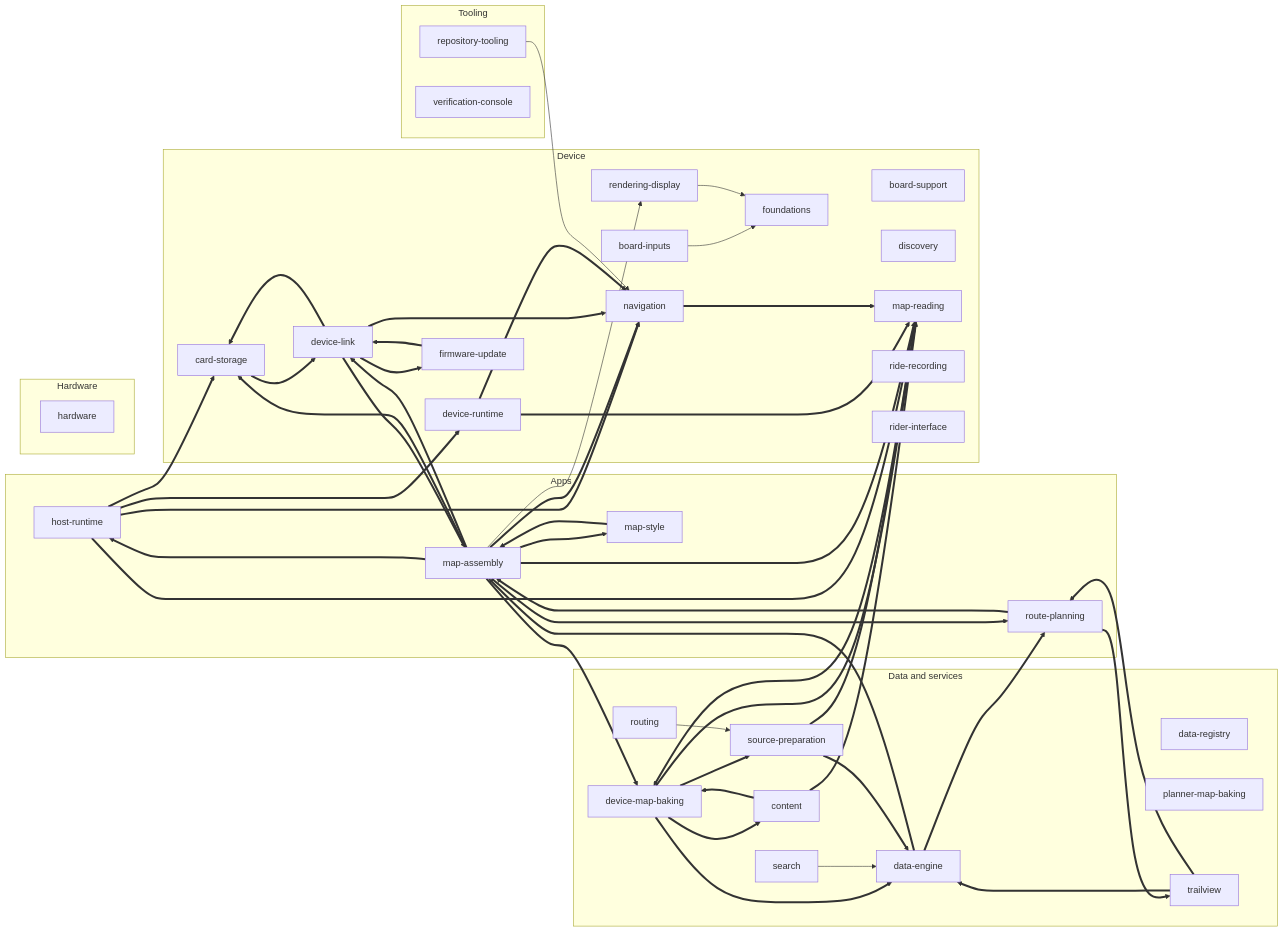
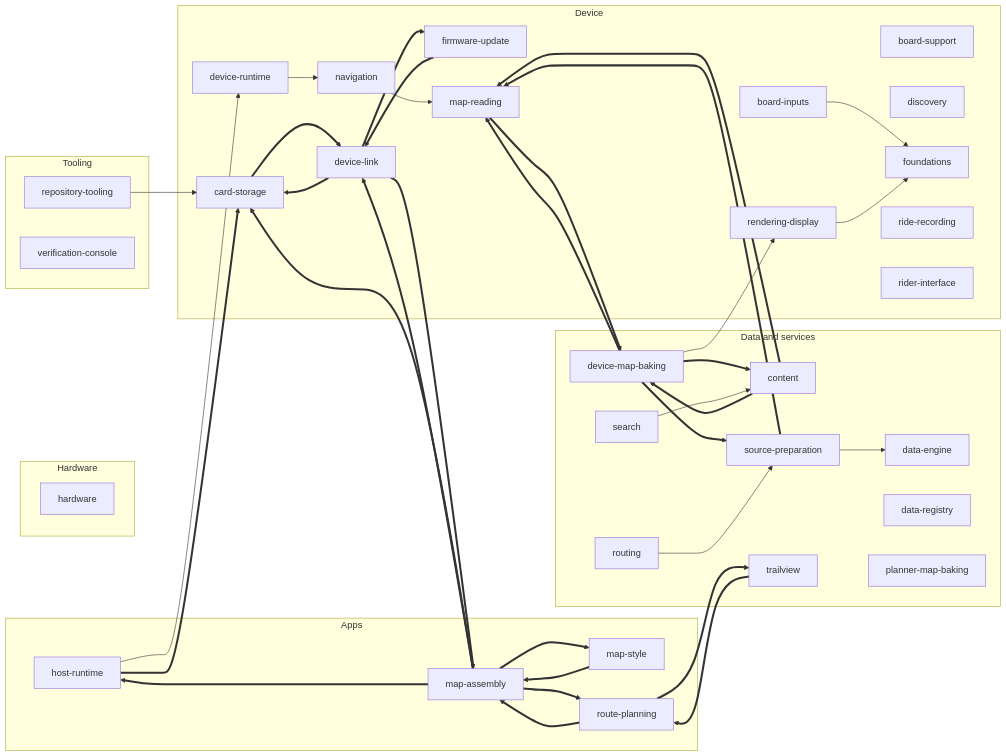
Before and after one commit to timohueser/OpenBikeComputer: the diagram in docs/design/README.md, drawn with Mermaid. The commit also changed other lines of this file and 4 other files, not shown here.

````diff
--- a/docs/design/README.md
+++ b/docs/design/README.md
@@ -51,43 +51,32 @@
   s_card_storage ==> s_device_link
   s_content ==> s_device_map_baking
   s_content ==> s_map_reading
-  s_data_engine ==> s_map_assembly
-  s_data_engine ==> s_route_planning
   s_device_link ==> s_card_storage
   s_device_link ==> s_firmware_update
   s_device_link ==> s_map_assembly
-  s_device_link ==> s_navigation
   s_device_map_baking ==> s_content
-  s_device_map_baking ==> s_data_engine
   s_device_map_baking ==> s_map_reading
+  s_device_map_baking --> s_rendering_display
   s_device_map_baking ==> s_source_preparation
-  s_device_runtime ==> s_map_reading
-  s_device_runtime ==> s_navigation
+  s_device_runtime --> s_navigation
   s_firmware_update ==> s_device_link
   s_host_runtime ==> s_card_storage
-  s_host_runtime ==> s_device_runtime
-  s_host_runtime ==> s_map_reading
-  s_host_runtime ==> s_navigation
+  s_host_runtime --> s_device_runtime
   s_map_assembly ==> s_card_storage
   s_map_assembly ==> s_device_link
-  s_map_assembly ==> s_device_map_baking
   s_map_assembly ==> s_host_runtime
-  s_map_assembly ==> s_map_reading
   s_map_assembly ==> s_map_style
-  s_map_assembly ==> s_navigation
-  s_map_assembly --> s_rendering_display
   s_map_assembly ==> s_route_planning
   s_map_reading ==> s_device_map_baking
   s_map_style ==> s_map_assembly
-  s_navigation ==> s_map_reading
+  s_navigation --> s_map_reading
   s_rendering_display --> s_foundations
-  s_repository_tooling --> s_navigation
+  s_repository_tooling --> s_card_storage
   s_route_planning ==> s_map_assembly
   s_route_planning ==> s_trailview
   s_routing --> s_source_preparation
-  s_search --> s_data_engine
-  s_source_preparation ==> s_data_engine
+  s_search --> s_content
+  s_source_preparation --> s_data_engine
   s_source_preparation ==> s_map_reading
-  s_trailview ==> s_data_engine
   s_trailview ==> s_route_planning
 ```
````
